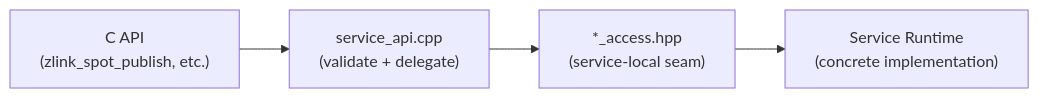
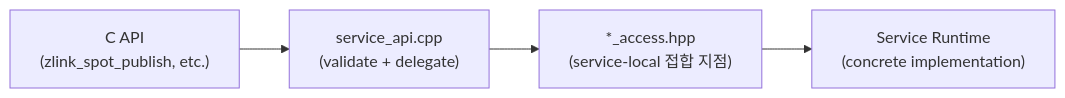
One commit to kairos-code-dev/zlink changed the second of 3 diagrams in doc/guide/07-0-services.ko.md. Above: the diagram before and after it, drawn with Mermaid. The commit also changed other lines of this file and 196 other files, not shown here.

````diff
--- a/doc/guide/07-0-services.ko.md
+++ b/doc/guide/07-0-services.ko.md
@@ -120,6 +120,6 @@
 ```mermaid
 flowchart LR
     A["C API<br/>(zlink_spot_publish, etc.)"] --> B["service_api.cpp<br/>(validate + delegate)"]
-    B --> C["*_access.hpp<br/>(service-local seam)"]
+    B --> C["*_access.hpp<br/>(service-local 접합 지점)"]
     C --> D["Service Runtime<br/>(concrete implementation)"]
 ```
````
